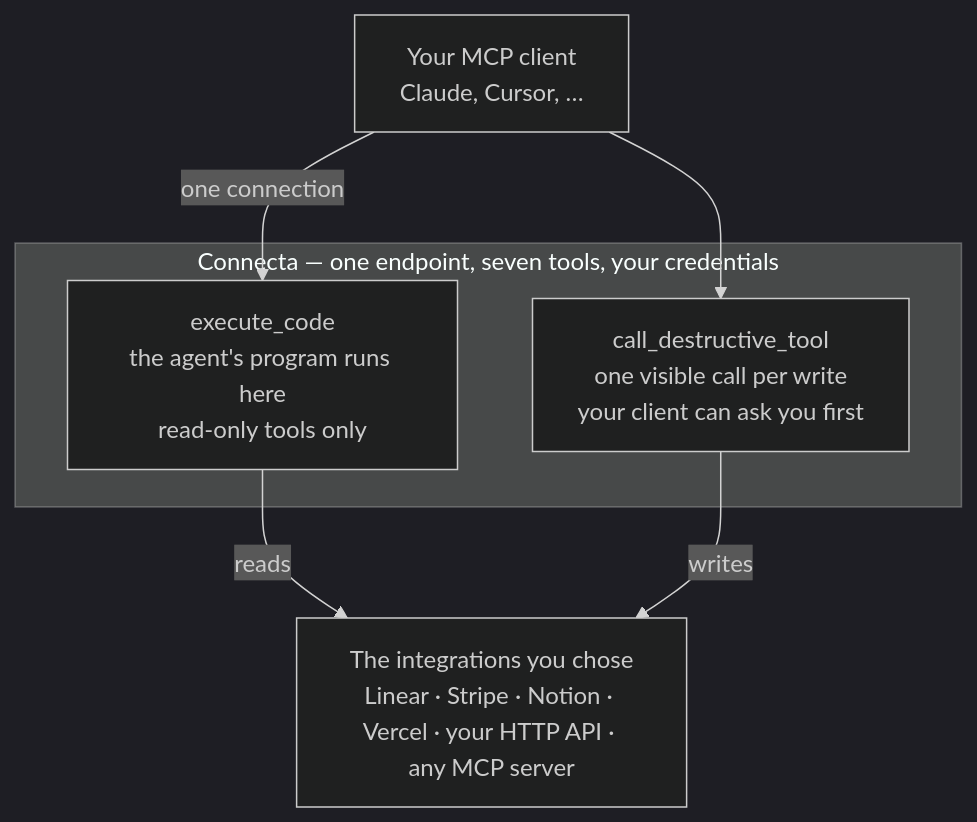
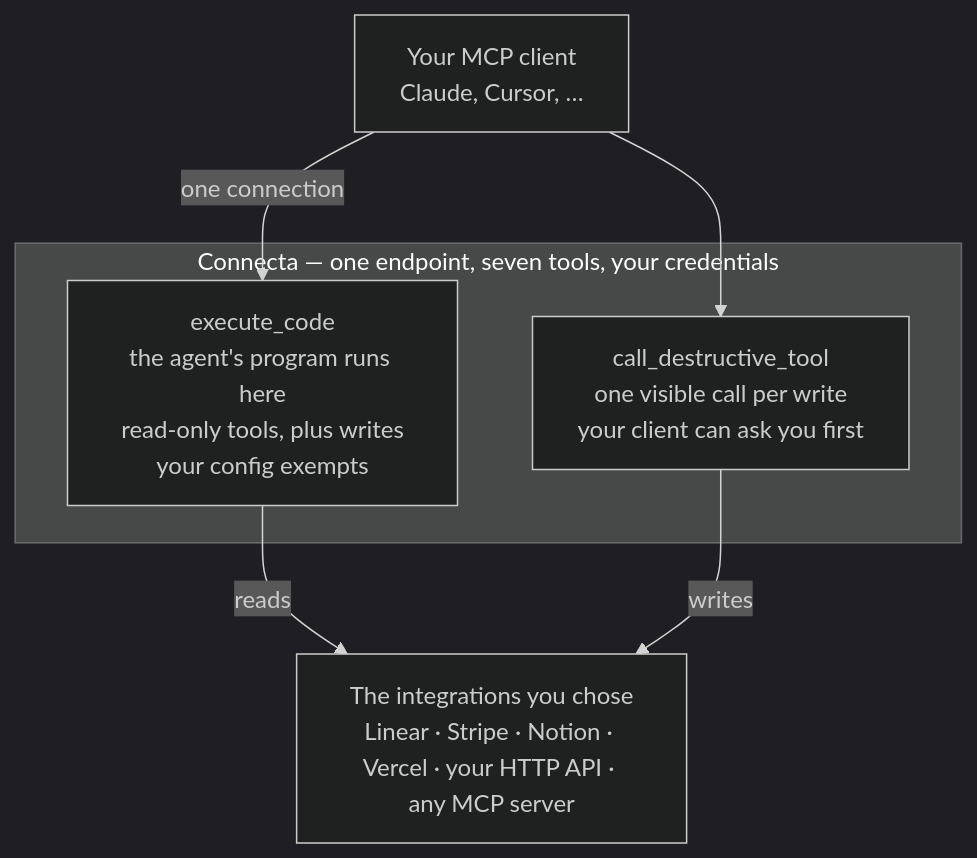
One commit to zackbart/connecta changed the diagram in README.md. Above: the diagram before and after it, drawn with Mermaid (dark theme). The commit also changed other lines of this file and 1 other file, not shown here.

Commit message:
Qualify the README's read-only program claim and package description (#672)

````diff
--- a/README.md
+++ b/README.md
@@ -29,16 +29,16 @@
 ```mermaid
 flowchart TB
     Client["Your MCP client<br/>Claude, Cursor, …"]
 
     subgraph Connecta["Connecta — one endpoint, seven tools, your credentials"]
-        Sandbox["execute_code<br/>the agent's program runs here<br/>read-only tools only"]
+        Sandbox["execute_code<br/>the agent's program runs here<br/>read-only tools, plus writes<br/>your config exempts"]
         Explicit["call_destructive_tool<br/>one visible call per write<br/>your client can ask you first"]
     end
 
     Integrations["The integrations you chose<br/>Linear · Stripe · Notion · Vercel · your HTTP API · any MCP server"]
 
     Client -->|"one connection"| Sandbox
     Client --> Explicit
     Sandbox -->|"reads"| Integrations
     Explicit -->|"writes"| Integrations
 ```
````
